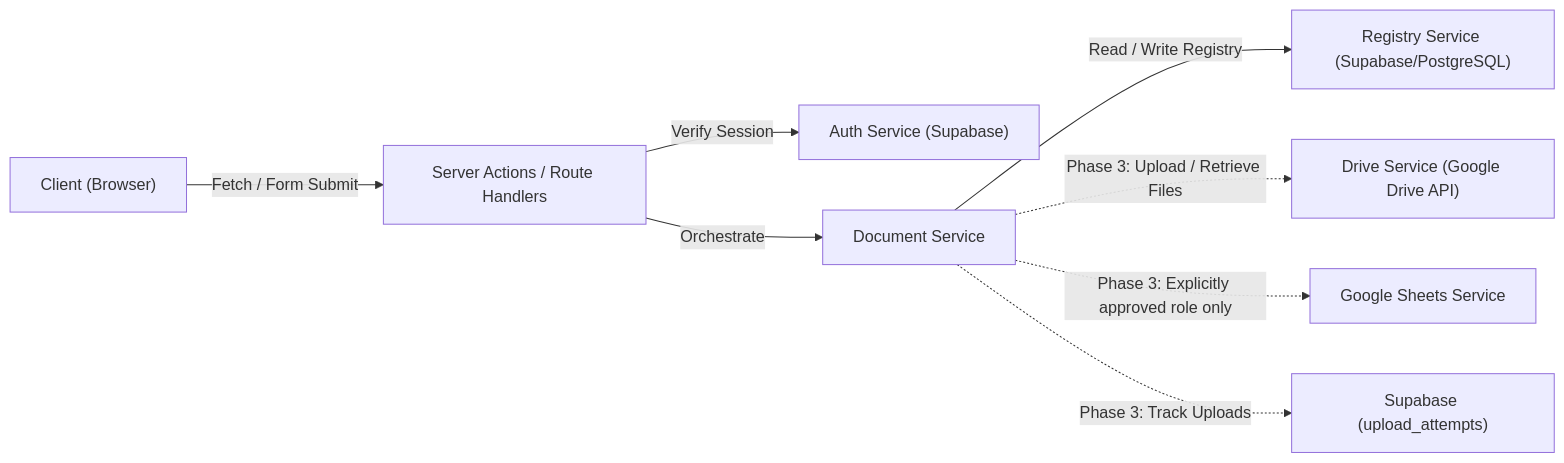
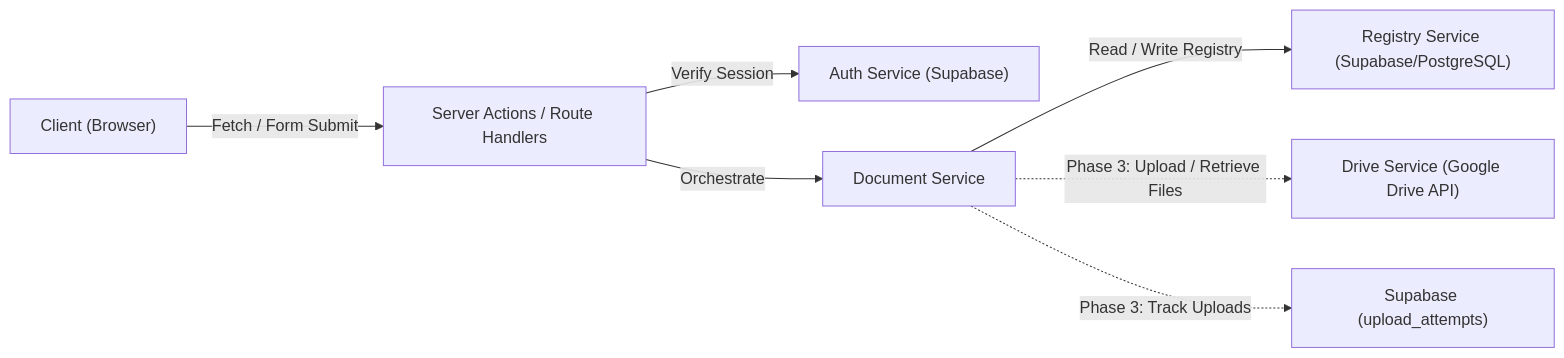
One commit to kurisujon/kwd-document-center changed the first of 2 diagrams in docs/05-system-architecture.md. Above: the diagram before and after it, drawn with Mermaid. The commit also changed other lines of this file and 46 other files, not shown here.

````diff
--- a/docs/05-system-architecture.md
+++ b/docs/05-system-architecture.md
@@ -38,10 +38,9 @@
 ```mermaid
 graph LR
     Client["Client (Browser)"] -->|"Fetch / Form Submit"| SA["Server Actions / Route Handlers"]
     SA -->|"Verify Session"| Auth["Auth Service (Supabase)"]
     SA -->|"Orchestrate"| DocSvc["Document Service"]
     DocSvc -->|"Read / Write Registry"| RegSvc["Registry Service (Supabase/PostgreSQL)"]
     DocSvc -.->|"Phase 3: Upload / Retrieve Files"| DriveSvc["Drive Service (Google Drive API)"]
-    DocSvc -.->|"Phase 3: Explicitly approved role only"| SheetsSvc["Google Sheets Service"]
     DocSvc -.->|"Phase 3: Track Uploads"| DB["Supabase (upload_attempts)"]
 ```
````
